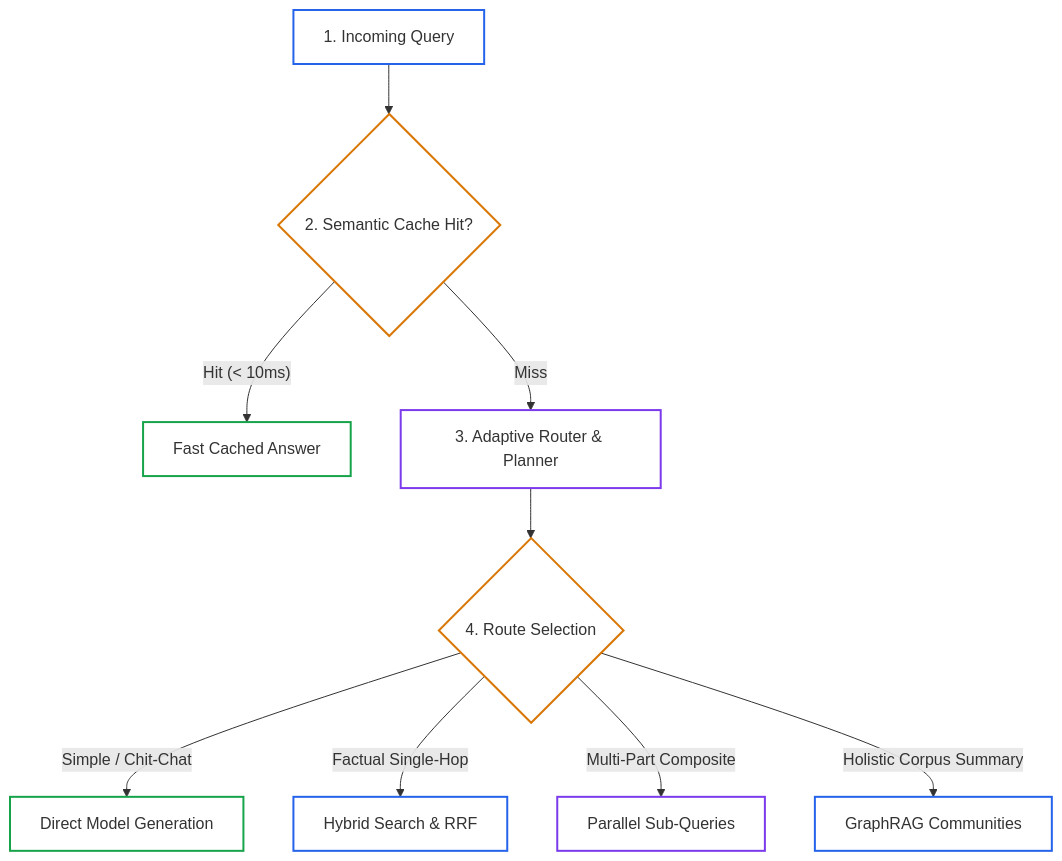
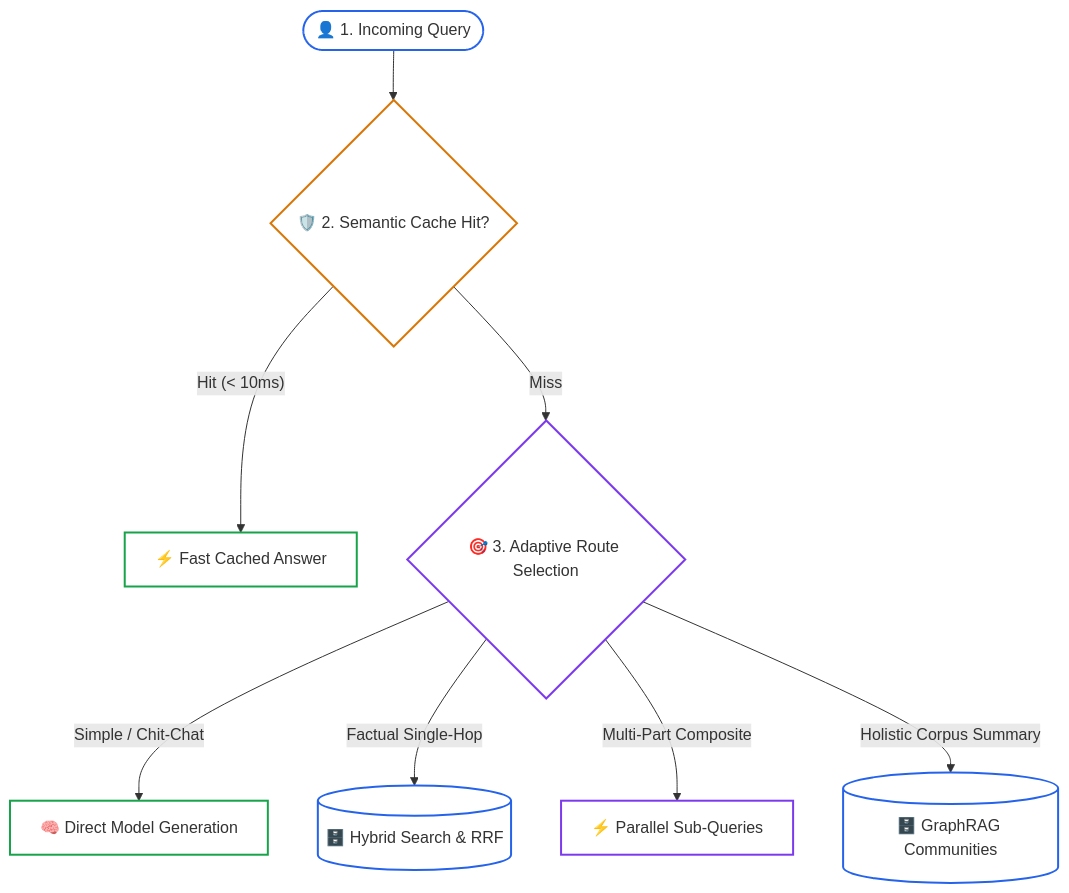
One commit to dip4k/senior-engineer-to-ai-engineer-roadmap changed the first of 3 diagrams in 02-rag-and-knowledge-systems/07-query-planning-adaptive-routing-and-crag.md. Above: the diagram before and after it, drawn with Mermaid. The commit also changed other lines of this file and 39 other files, not shown here.

First line of the commit message:
feat(curriculum): upgrade mermaid diagrams with unicode icons & codify anti-bloat layout rules

````diff
--- a/02-rag-and-knowledge-systems/07-query-planning-adaptive-routing-and-crag.md
+++ b/02-rag-and-knowledge-systems/07-query-planning-adaptive-routing-and-crag.md
@@ -56,21 +56,19 @@
 ```mermaid
 flowchart TD
-    Q["1. Incoming Query"] --> SC{"2. Semantic Cache Hit?"}
-    SC -- "Hit (< 10ms)" --> RET["Fast Cached Answer"]
-    SC -- "Miss" --> ROUTE["3. Adaptive Router & Planner"]
-    ROUTE --> ROUTE_DEC{"4. Route Selection"}
-    ROUTE_DEC -- "Simple / Chit-Chat" --> DIRECT["Direct Model Generation"]
-    ROUTE_DEC -- "Factual Single-Hop" --> HYBRID["Hybrid Search & RRF"]
-    ROUTE_DEC -- "Multi-Part Composite" --> DECOMP["Parallel Sub-Queries"]
-    ROUTE_DEC -- "Holistic Corpus Summary" --> GRAPH["GraphRAG Communities"]
+    Q(["👤 1. Incoming Query"]) --> SC{"🛡️ 2. Semantic Cache Hit?"}
+    SC -- "Hit (< 10ms)" --> RET["⚡ Fast Cached Answer"]
+    SC -- "Miss" --> ROUTE{"🎯 3. Adaptive Route Selection"}
+    ROUTE -- "Simple / Chit-Chat" --> DIRECT["🧠 Direct Model Generation"]
+    ROUTE -- "Factual Single-Hop" --> HYBRID[("🗄️ Hybrid Search & RRF")]
+    ROUTE -- "Multi-Part Composite" --> DECOMP["⚡ Parallel Sub-Queries"]
+    ROUTE -- "Holistic Corpus Summary" --> GRAPH[("🗄️ GraphRAG Communities")]
 
     style Q stroke:#2563eb,stroke-width:2px,fill:none
     style SC stroke:#d97706,stroke-width:2px,fill:none
     style RET stroke:#16a34a,stroke-width:2px,fill:none
     style ROUTE stroke:#7c3aed,stroke-width:2px,fill:none
-    style ROUTE_DEC stroke:#d97706,stroke-width:2px,fill:none
     style DIRECT stroke:#16a34a,stroke-width:2px,fill:none
     style HYBRID stroke:#2563eb,stroke-width:2px,fill:none
     style DECOMP stroke:#7c3aed,stroke-width:2px,fill:none
     style GRAPH stroke:#2563eb,stroke-width:2px,fill:none
 ```
````
